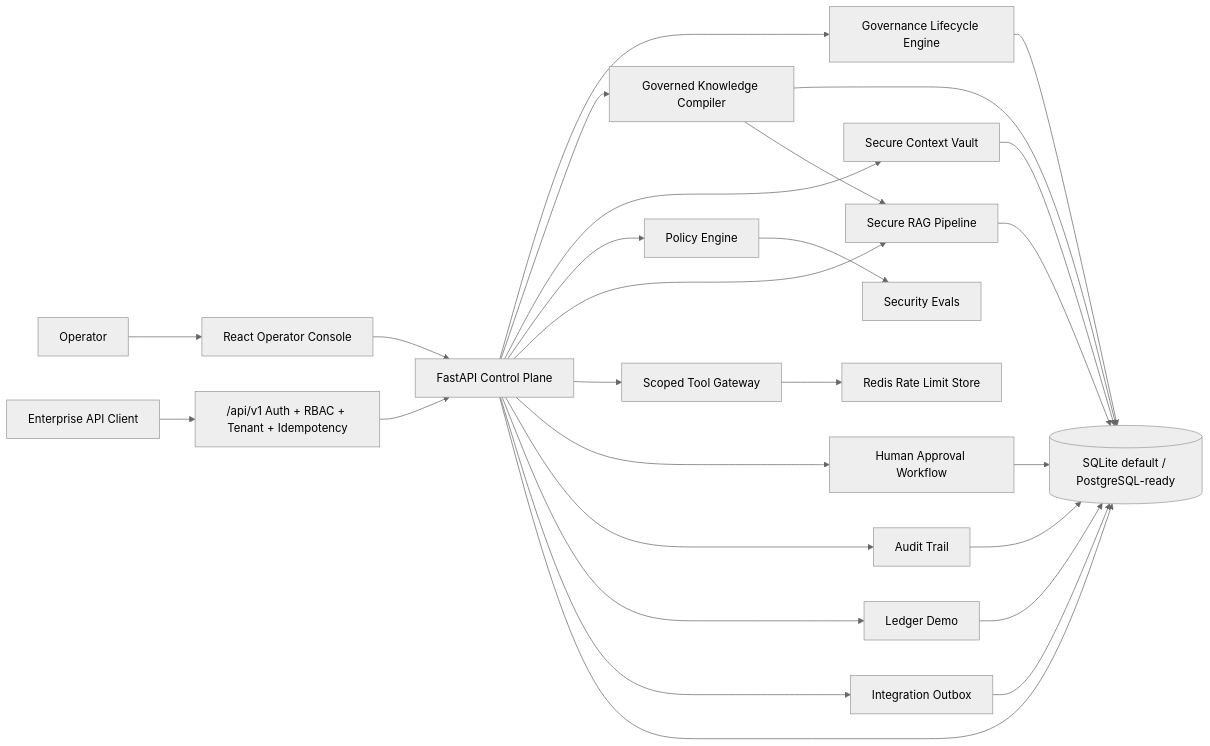
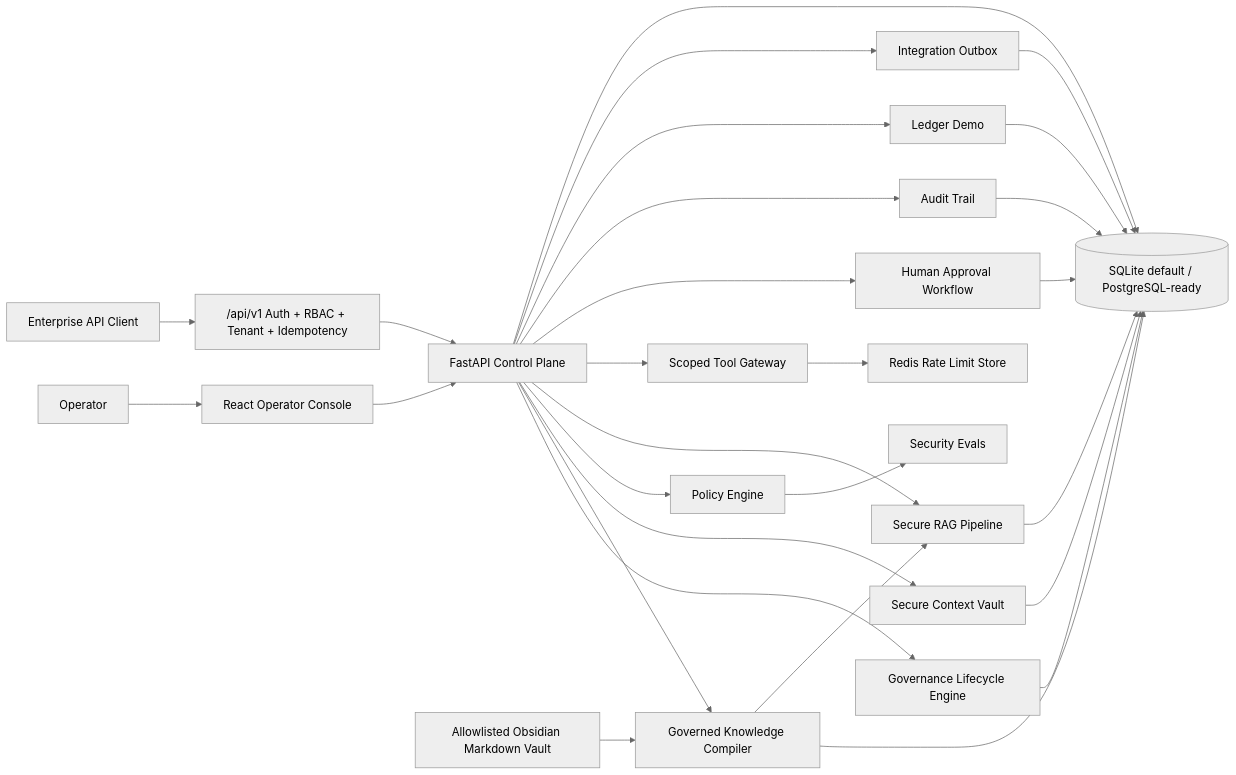
Before and after one commit to danieloza/regulated-ai-agent-platform: the diagram in README.md, drawn with Mermaid (neutral theme). The commit also changed other lines of this file and 29 other files, not shown here.

````diff
--- a/README.md
+++ b/README.md
@@ -225,29 +229,30 @@
 ```mermaid
 flowchart LR
   Operator["Operator"] --> UI["React Operator Console"]
   Client["Enterprise API Client"] --> Gateway["/api/v1 Auth + RBAC + Tenant + Idempotency"]
   UI --> API["FastAPI Control Plane"]
   Gateway --> API
   API --> Lifecycles["Governance Lifecycle Engine"]
   API --> Knowledge["Governed Knowledge Compiler"]
+  Obsidian["Allowlisted Obsidian Markdown Vault"] --> Knowledge
   API --> Context["Secure Context Vault"]
   API --> Policy["Policy Engine"]
   API --> RAG["Secure RAG Pipeline"]
   API --> Tools["Scoped Tool Gateway"]
   API --> Approvals["Human Approval Workflow"]
   API --> Audit["Audit Trail"]
   API --> Ledger["Ledger Demo"]
   API --> Outbox["Integration Outbox"]
   Tools --> Redis["Redis Rate Limit Store"]
   API --> DB[("SQLite default / PostgreSQL-ready")]
   RAG --> DB
   Audit --> DB
   Approvals --> DB
   Ledger --> DB
   Lifecycles --> DB
   Knowledge --> DB
   Context --> DB
   Knowledge --> RAG
   Outbox --> DB
   Policy --> Evals["Security Evals"]
 ```
````
